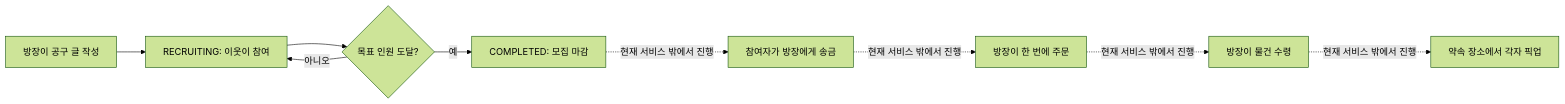
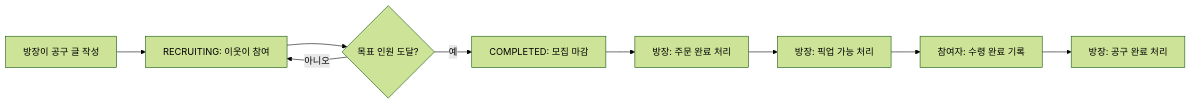
The first of 2 diagrams in Project/CLAUDE.md (Mureung1/hub-showcase), drawn with Mermaid (forest theme) before and after one commit. The commit also changed other lines of this file and 2 other files, not shown here.

````diff
--- a/Project/CLAUDE.md
+++ b/Project/CLAUDE.md
@@ -151,11 +151,11 @@
 ```mermaid
 flowchart LR
   A[방장이 공구 글 작성] --> B[RECRUITING: 이웃이 참여]
   B --> C{목표 인원 도달?}
   C -- 아니오 --> B
   C -- 예 --> D[COMPLETED: 모집 마감]
-  D -. 현재 서비스 밖에서 진행 .-> E[참여자가 방장에게 송금]
-  E -. 현재 서비스 밖에서 진행 .-> F[방장이 한 번에 주문]
-  F -. 현재 서비스 밖에서 진행 .-> G[방장이 물건 수령]
-  G -. 현재 서비스 밖에서 진행 .-> H[약속 장소에서 각자 픽업]
+  D --> E[방장: 주문 완료 처리]
+  E --> F[방장: 픽업 가능 처리]
+  F --> G[참여자: 수령 완료 기록]
+  G --> H[방장: 공구 완료 처리]
 ```
````
